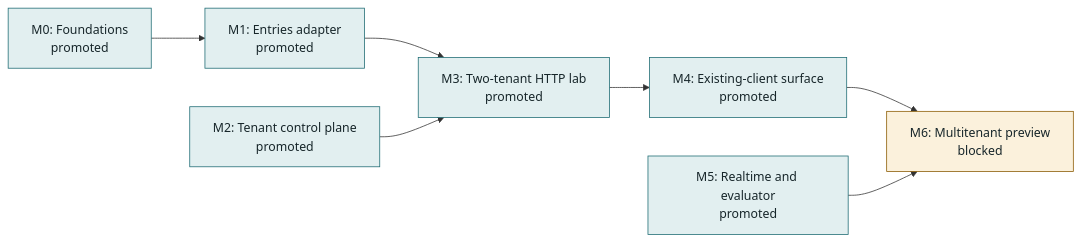
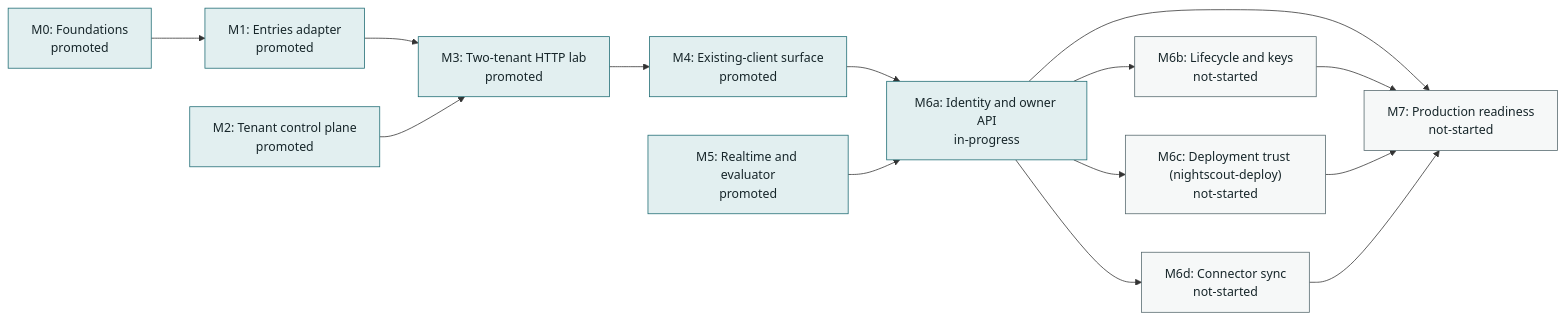
One commit to bewest/rag-nightscout-ecosystem-alignment changed the first of 2 diagrams in docs/30-design/tenancy/multitenant-delivery-dashboard.md. Above: the diagram before and after it, drawn with Mermaid. The commit also changed other lines of this file and 17 other files, not shown here.

````diff
--- a/docs/30-design/tenancy/multitenant-delivery-dashboard.md
+++ b/docs/30-design/tenancy/multitenant-delivery-dashboard.md
@@ -19,26 +19,41 @@
 ```mermaid
 flowchart LR
   M0["M0: Foundations<br/>promoted"]
   M1["M1: Entries adapter<br/>promoted"]
   M2["M2: Tenant control plane<br/>promoted"]
   M3["M3: Two-tenant HTTP lab<br/>promoted"]
   M4["M4: Existing-client surface<br/>promoted"]
   M5["M5: Realtime and evaluator<br/>promoted"]
-  M6["M6: Multitenant preview<br/>blocked"]
+  M6a["M6a: Identity and owner API<br/>in-progress"]
+  M6b["M6b: Lifecycle and keys<br/>not-started"]
+  M6c["M6c: Deployment trust (nightscout-deploy)<br/>not-started"]
+  M6d["M6d: Connector sync<br/>not-started"]
+  M7["M7: Production readiness<br/>not-started"]
   M0 --> M1
   M1 --> M3
   M2 --> M3
   M3 --> M4
-  M4 --> M6
-  M5 --> M6
+  M4 --> M6a
+  M5 --> M6a
+  M6a --> M6b
+  M6a --> M6c
+  M6a --> M6d
+  M6a --> M7
+  M6b --> M7
+  M6c --> M7
+  M6d --> M7
   classDef active fill:#e2eff0,stroke:#1d6b73,color:#17262a
   classDef waiting fill:#fbf1dc,stroke:#8a5a00,color:#17262a
   classDef planned fill:#f6f8f8,stroke:#55686d,color:#17262a
   class M0 active
   class M1 active
   class M2 active
   class M3 active
   class M4 active
   class M5 active
-  class M6 waiting
+  class M6a active
+  class M6b planned
+  class M6c planned
+  class M6d planned
+  class M7 planned
 ```
````
